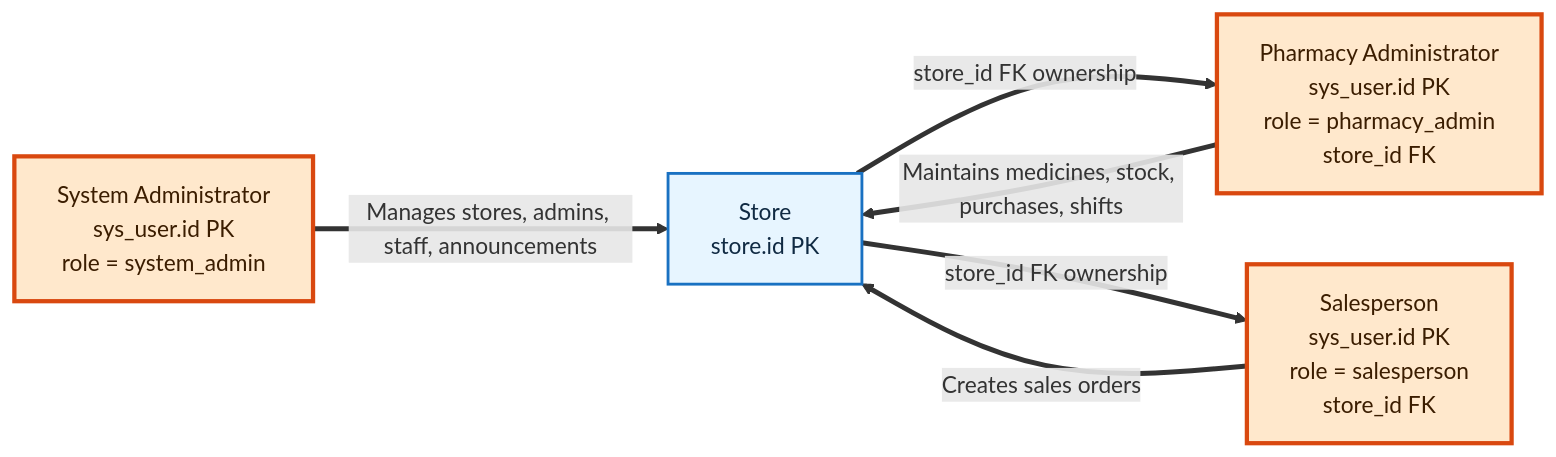
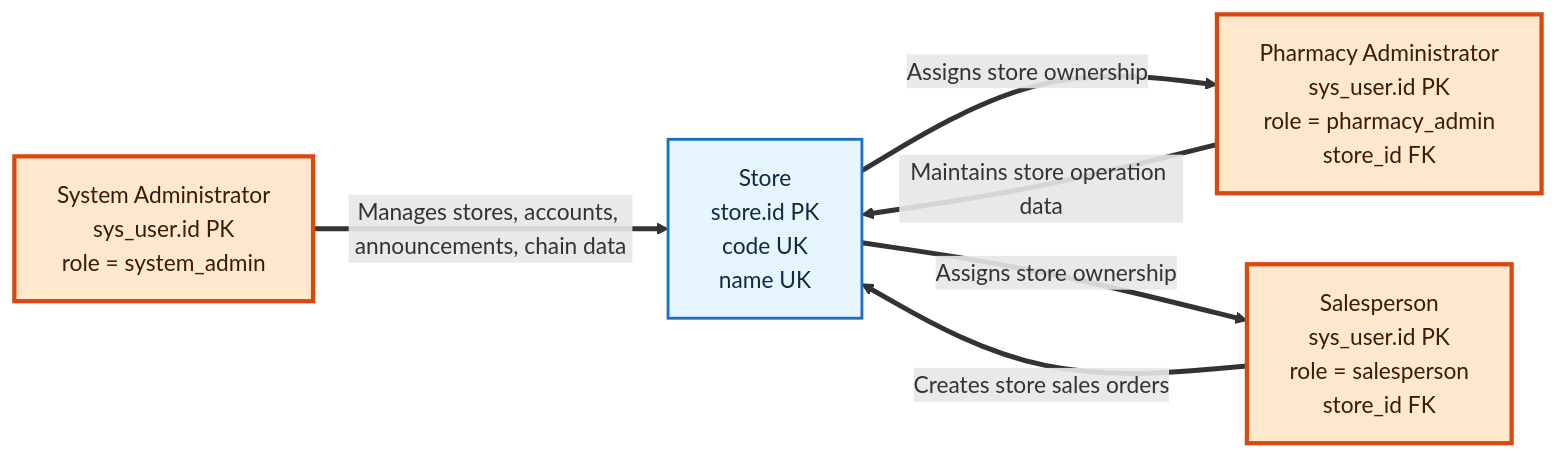
The second of 10 diagrams in docs/Development_Manual.md (pytenter/database-medicine), drawn with Mermaid before and after one commit. The commit also changed other lines of this file and 3 other files, not shown here.

````diff
--- a/docs/Development_Manual.md
+++ b/docs/Development_Manual.md
@@ -144,18 +145,18 @@
 ```mermaid
 flowchart LR
     SYS_ADMIN["System Administrator<br/>sys_user.id PK<br/>role = system_admin"]
     STORE_ADMIN["Pharmacy Administrator<br/>sys_user.id PK<br/>role = pharmacy_admin<br/>store_id FK"]
-    STAFF["Salesperson<br/>sys_user.id PK<br/>role = salesperson<br/>store_id FK"]
-    STORE["Store<br/>store.id PK"]
+    SALESPERSON["Salesperson<br/>sys_user.id PK<br/>role = salesperson<br/>store_id FK"]
+    STORE["Store<br/>store.id PK<br/>code UK<br/>name UK"]
 
-    SYS_ADMIN ==>|"Manages stores, admins, staff, announcements"| STORE
-    STORE ==>|"store_id FK ownership"| STORE_ADMIN
-    STORE ==>|"store_id FK ownership"| STAFF
-    STORE_ADMIN ==>|"Maintains medicines, stock, purchases, shifts"| STORE
-    STAFF ==>|"Creates sales orders"| STORE
+    SYS_ADMIN ==>|"Manages stores, accounts, announcements, chain data"| STORE
+    STORE ==>|"Assigns store ownership"| STORE_ADMIN
+    STORE ==>|"Assigns store ownership"| SALESPERSON
+    STORE_ADMIN ==>|"Maintains store operation data"| STORE
+    SALESPERSON ==>|"Creates store sales orders"| STORE
 
     classDef role fill:#FFE8CC,stroke:#D9480F,stroke-width:3px,color:#3B1D00
     classDef store fill:#E7F5FF,stroke:#1971C2,stroke-width:2px,color:#102A43
-    class SYS_ADMIN,STORE_ADMIN,STAFF role
+    class SYS_ADMIN,STORE_ADMIN,SALESPERSON role
     class STORE store
 ```
````
